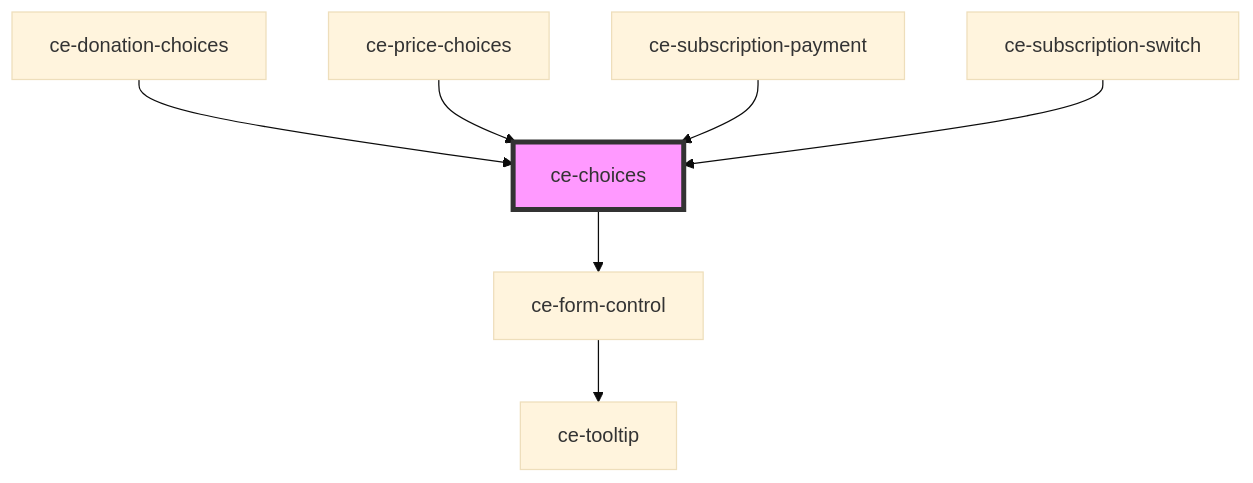
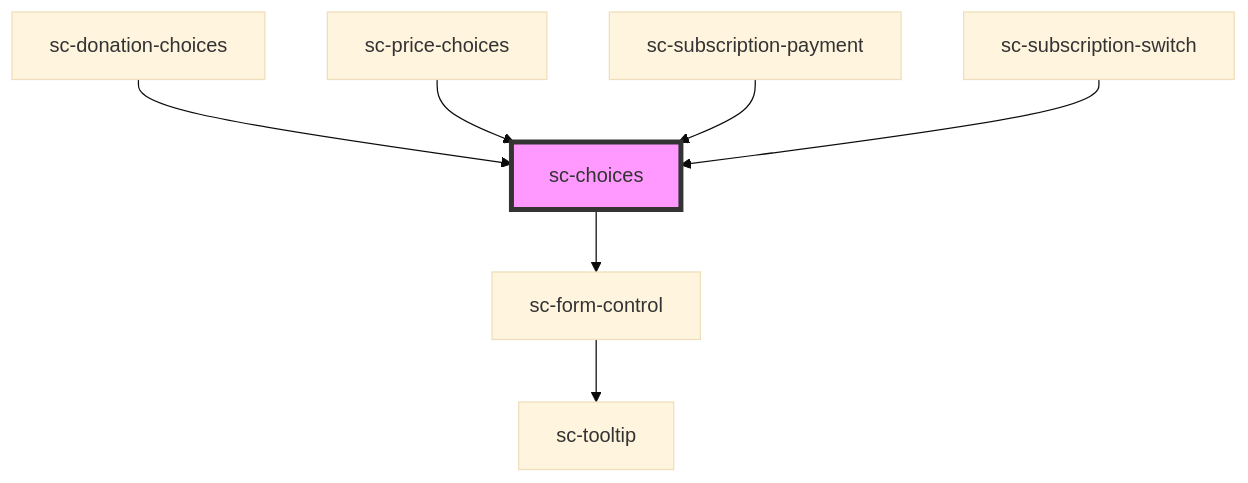
The diagram in packages/components/src/components/ui/choices/readme.md (surecart/surecart-wp-plugin), drawn with Mermaid (base theme) before and after one commit. The commit also changed other lines of this file and 1281 other files, not shown here.

````diff
--- a/packages/components/src/components/ui/choices/readme.md
+++ b/packages/components/src/components/ui/choices/readme.md
@@ -45,10 +45,10 @@
 ```mermaid
 graph TD;
-  ce-choices --> ce-form-control
-  ce-form-control --> ce-tooltip
-  ce-donation-choices --> ce-choices
-  ce-price-choices --> ce-choices
-  ce-subscription-payment --> ce-choices
-  ce-subscription-switch --> ce-choices
-  style ce-choices fill:#f9f,stroke:#333,stroke-width:4px
+  sc-choices --> sc-form-control
+  sc-form-control --> sc-tooltip
+  sc-donation-choices --> sc-choices
+  sc-price-choices --> sc-choices
+  sc-subscription-payment --> sc-choices
+  sc-subscription-switch --> sc-choices
+  style sc-choices fill:#f9f,stroke:#333,stroke-width:4px
 ```
````
